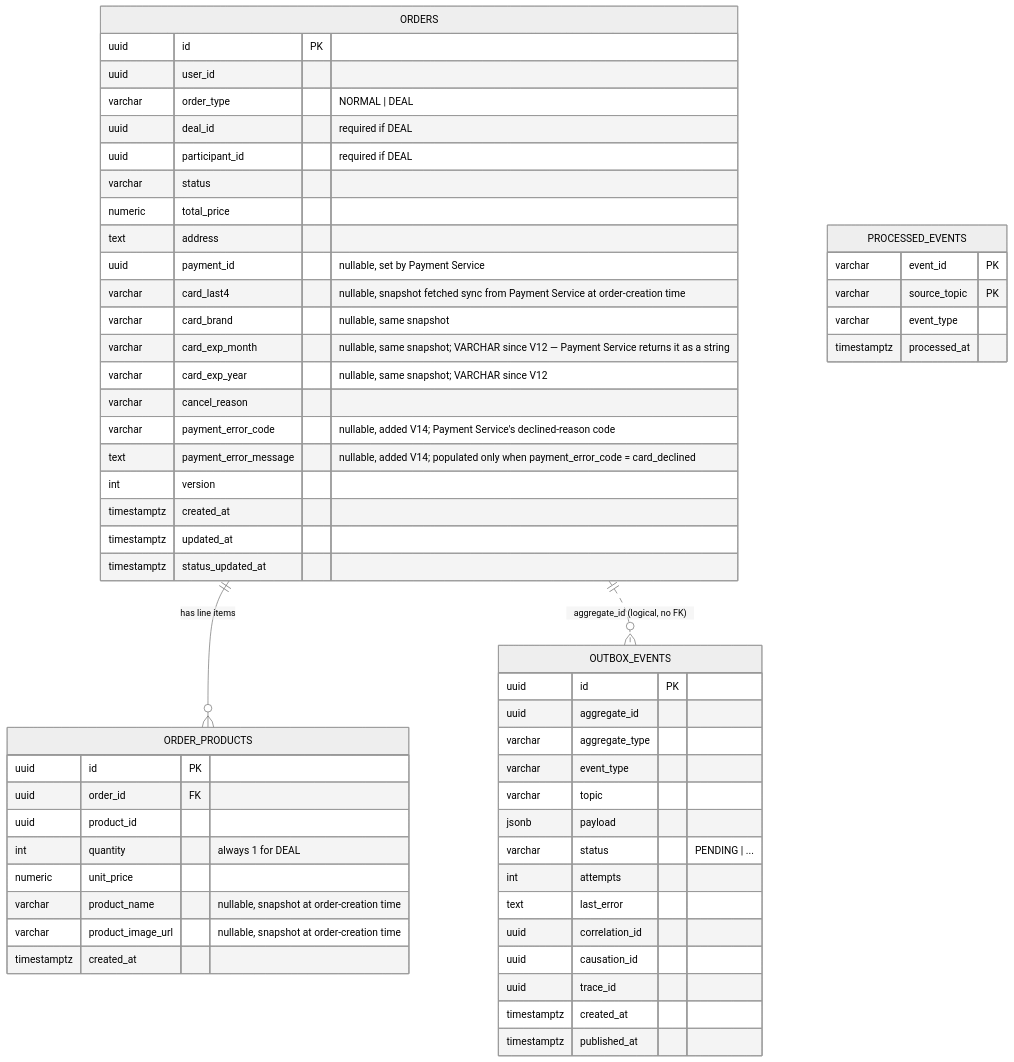
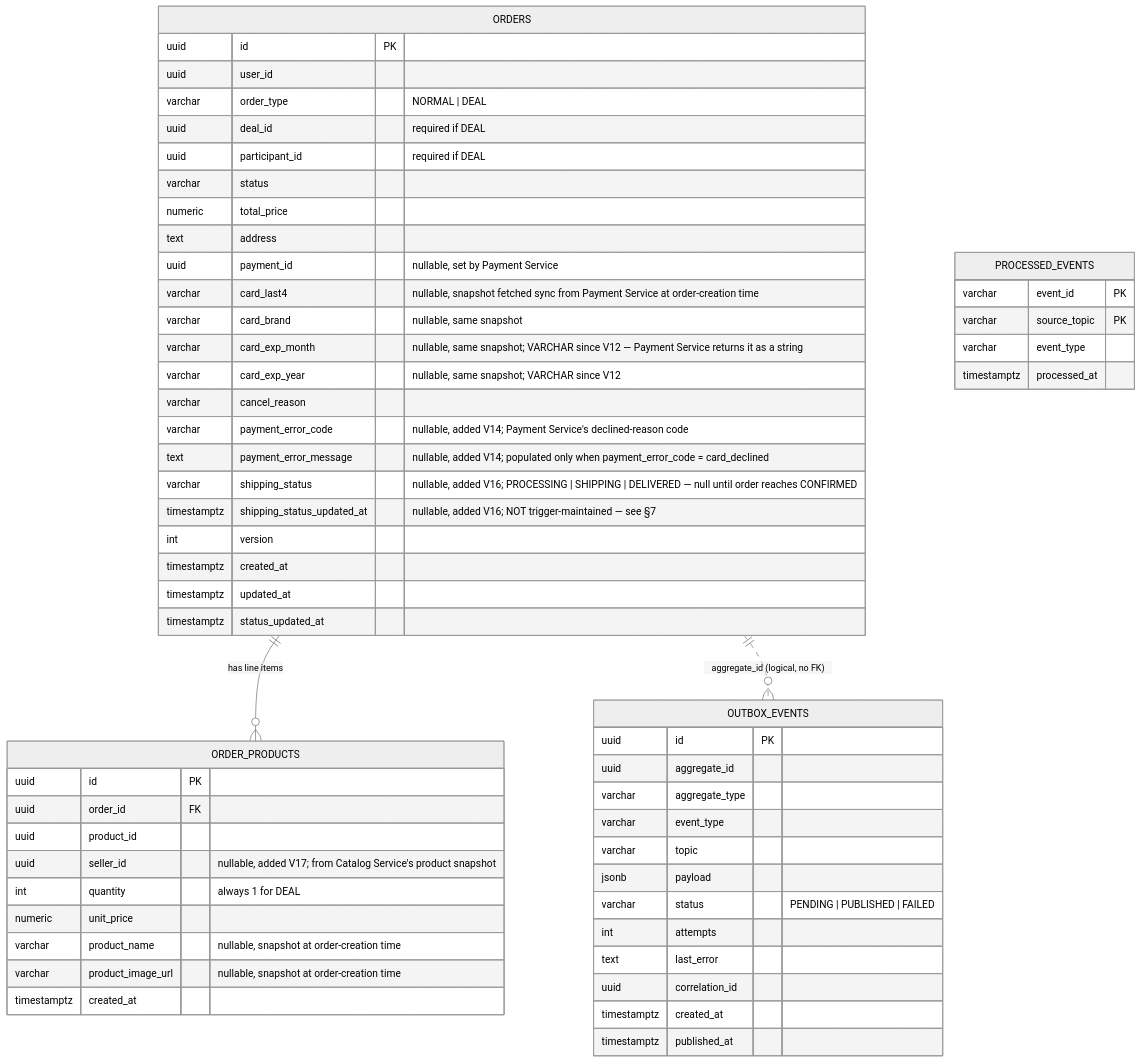
Before and after one commit to RallyDeals/rally-docs: the first of 4 diagrams in services docs/order-service.md, drawn with Mermaid (neutral theme). The commit also changed other lines of this file, not shown here.

````diff
--- a/services docs/order-service.md
+++ b/services docs/order-service.md
@@ -5,63 +5,64 @@
 ```mermaid
 erDiagram
     ORDERS ||--o{ ORDER_PRODUCTS : "has line items"
     ORDERS ||..o{ OUTBOX_EVENTS : "aggregate_id (logical, no FK)"
 
     ORDERS {
         uuid id PK
         uuid user_id
         varchar order_type "NORMAL | DEAL"
         uuid deal_id "required if DEAL"
         uuid participant_id "required if DEAL"
         varchar status
         numeric total_price
         text address
         uuid payment_id "nullable, set by Payment Service"
         varchar card_last4 "nullable, snapshot fetched sync from Payment Service at order-creation time"
         varchar card_brand "nullable, same snapshot"
         varchar card_exp_month "nullable, same snapshot; VARCHAR since V12 — Payment Service returns it as a string"
         varchar card_exp_year "nullable, same snapshot; VARCHAR since V12"
         varchar cancel_reason
         varchar payment_error_code "nullable, added V14; Payment Service's declined-reason code"
         text payment_error_message "nullable, added V14; populated only when payment_error_code = card_declined"
+        varchar shipping_status "nullable, added V16; PROCESSING | SHIPPING | DELIVERED — null until order reaches CONFIRMED"
+        timestamptz shipping_status_updated_at "nullable, added V16; NOT trigger-maintained — see §7"
         int version
         timestamptz created_at
         timestamptz updated_at
         timestamptz status_updated_at
     }
 
     ORDER_PRODUCTS {
         uuid id PK
         uuid order_id FK
         uuid product_id
+        uuid seller_id "nullable, added V17; from Catalog Service's product snapshot"
         int quantity "always 1 for DEAL"
         numeric unit_price
         varchar product_name "nullable, snapshot at order-creation time"
         varchar product_image_url "nullable, snapshot at order-creation time"
         timestamptz created_at
     }
 
     OUTBOX_EVENTS {
         uuid id PK
         uuid aggregate_id
         varchar aggregate_type
         varchar event_type
         varchar topic
         jsonb payload
-        varchar status "PENDING | ..."
+        varchar status "PENDING | PUBLISHED | FAILED"
         int attempts
         text last_error
         uuid correlation_id
-        uuid causation_id
-        uuid trace_id
         timestamptz created_at
         timestamptz published_at
     }
 
     PROCESSED_EVENTS {
         varchar event_id PK
         varchar source_topic PK
         varchar event_type
         timestamptz processed_at
     }
 ```
````
